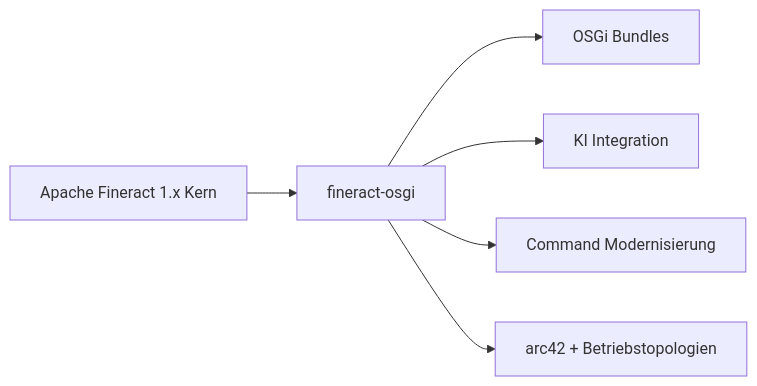
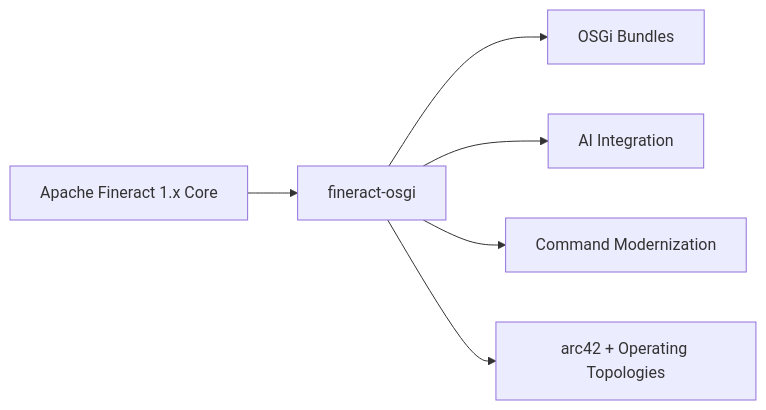
Before and after one commit to RainerMaxWallscheid/fineract-osgi: the diagram in docs/arc42/01_introduction.md, drawn with Mermaid. The commit also changed other lines of this file and 38 other files, not shown here.

````diff
--- a/docs/arc42/01_introduction.md
+++ b/docs/arc42/01_introduction.md
@@ -18,8 +18,8 @@
 ```mermaid
 flowchart LR
-    U[Apache Fineract 1.x Kern] --> F[fineract-osgi]
+    U[Apache Fineract 1.x Core] --> F[fineract-osgi]
     F --> O[OSGi Bundles]
-    F --> K[KI Integration]
-    F --> C[Command Modernisierung]
-    F --> D[arc42 + Betriebstopologien]
+    F --> K[AI Integration]
+    F --> C[Command Modernization]
+    F --> D[arc42 + Operating Topologies]
 ```
````
